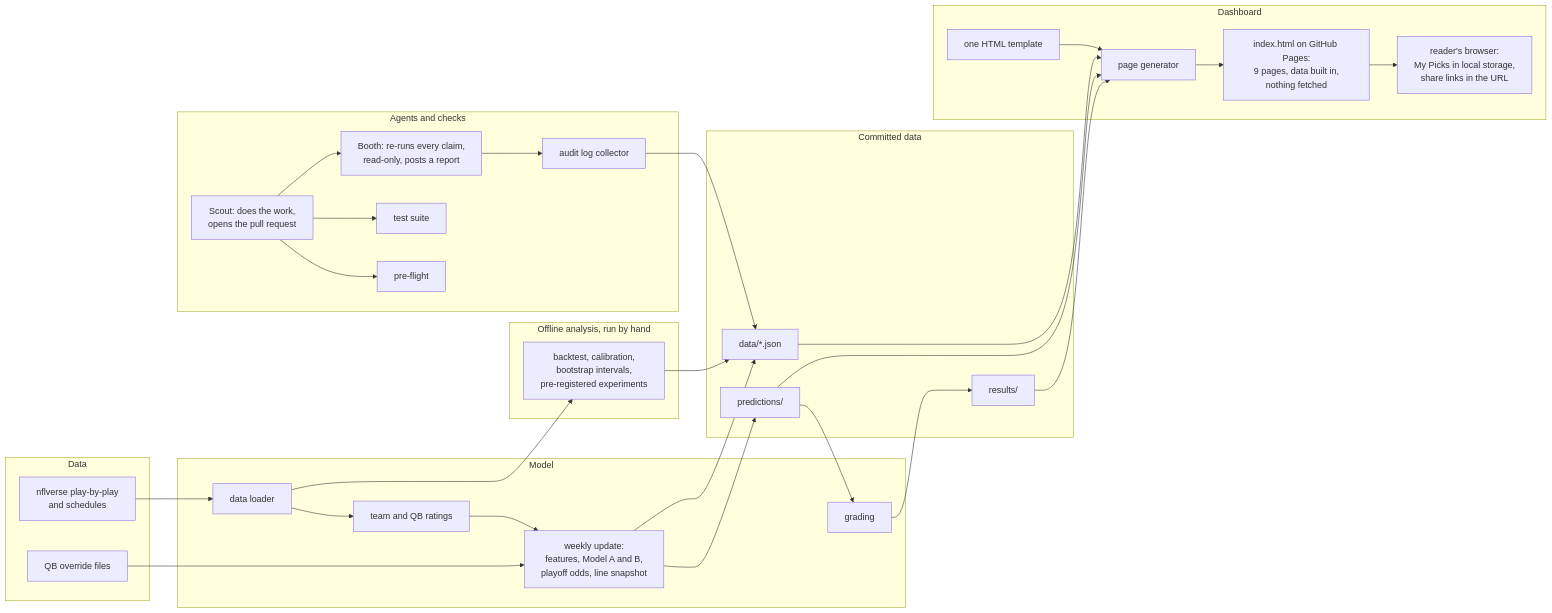
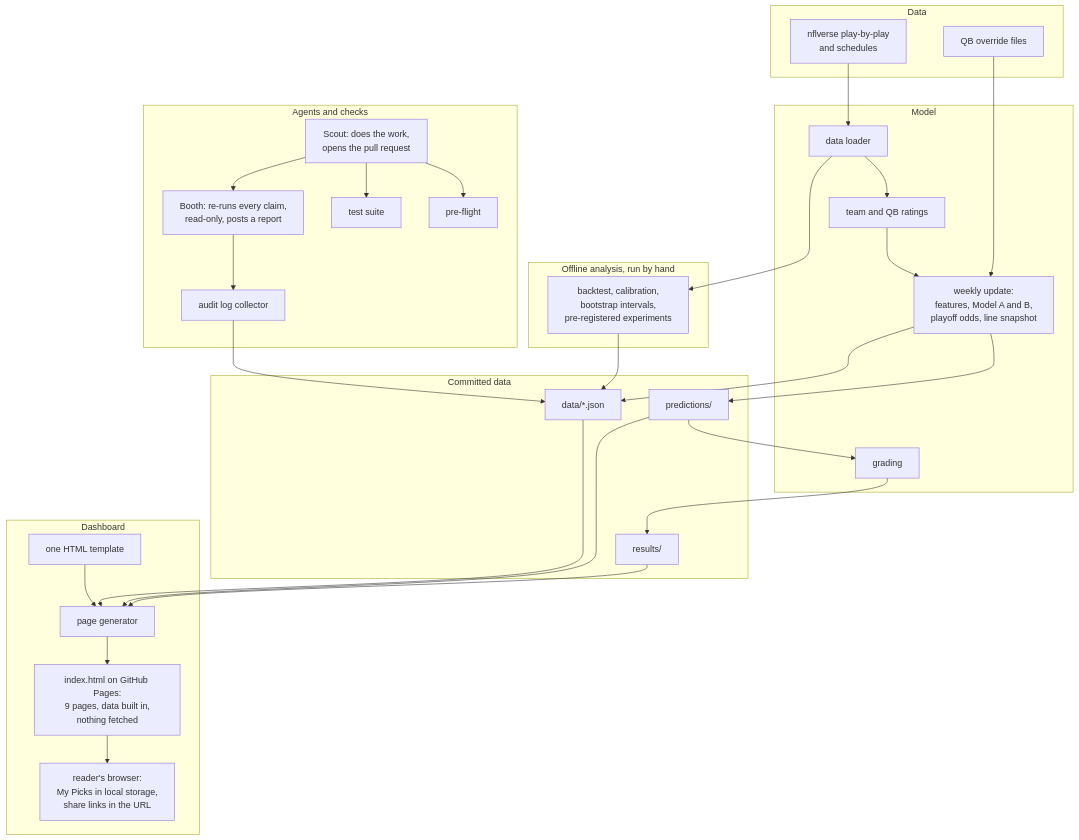
The diagram in docs/architecture.md (lifeisgreat07/NFL-Model-2), drawn with Mermaid before and after one commit. The commit also changed 5 other files, not shown here.

````diff
--- a/docs/architecture.md
+++ b/docs/architecture.md
@@ -7,56 +7,56 @@
 ```mermaid
-flowchart LR
+flowchart TB
   subgraph DATA["Data"]
     NFL["nflverse play-by-play<br/>and schedules"]
     OVR["QB override files"]
   end
 
   subgraph MODEL["Model"]
     LOAD["data loader"]
     RATE["team and QB ratings"]
     WEEK["weekly update:<br/>features, Model A and B,<br/>playoff odds, line snapshot"]
     GRADE["grading"]
   end
 
   subgraph STORE["Committed data"]
     PRED["predictions/"]
     RES["results/"]
     DJ["data/*.json"]
   end
 
   subgraph ANALYSIS["Offline analysis, run by hand"]
     BT["backtest, calibration,<br/>bootstrap intervals,<br/>pre-registered experiments"]
   end
 
   subgraph AGENTS["Agents and checks"]
     SCOUT["Scout: does the work,<br/>opens the pull request"]
     PRE["pre-flight"]
     TESTS["test suite"]
     BOOTH["Booth: re-runs every claim,<br/>read-only, posts a report"]
     LOG["audit log collector"]
   end
 
   subgraph UI["Dashboard"]
     GEN["page generator"]
     TPL["one HTML template"]
     PAGE["index.html on GitHub Pages:<br/>9 pages, data built in,<br/>nothing fetched"]
     BROWSER["reader's browser:<br/>My Picks in local storage,<br/>share links in the URL"]
   end
 
   NFL --> LOAD --> RATE --> WEEK
   OVR --> WEEK
   WEEK --> PRED
   WEEK --> DJ
   PRED --> GRADE --> RES
   LOAD --> BT --> DJ
 
   SCOUT --> PRE
   SCOUT --> TESTS
   SCOUT --> BOOTH
   BOOTH --> LOG --> DJ
 
   PRED --> GEN
   RES --> GEN
   DJ --> GEN
   TPL --> GEN --> PAGE --> BROWSER
 ```
````
